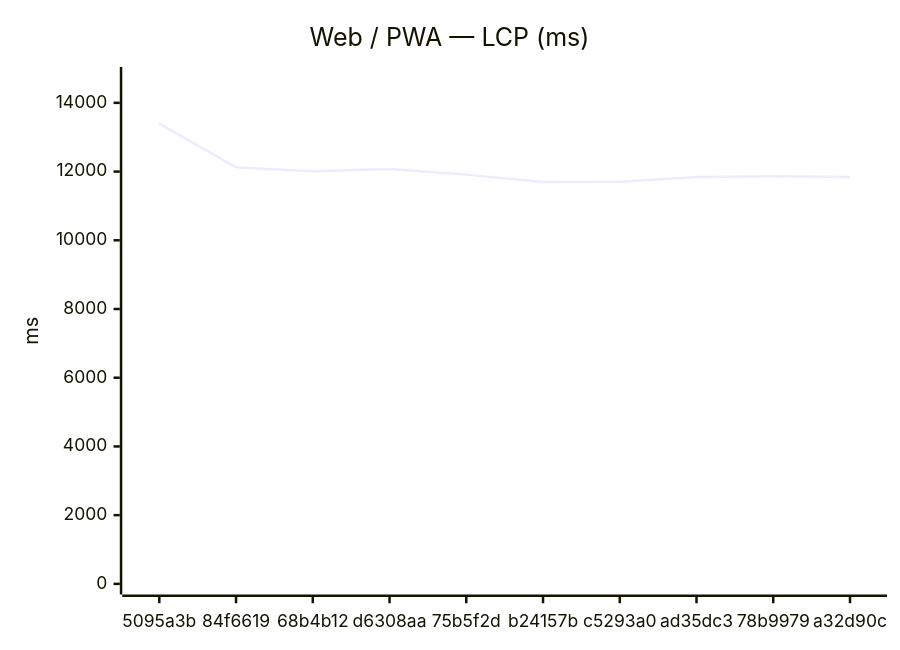
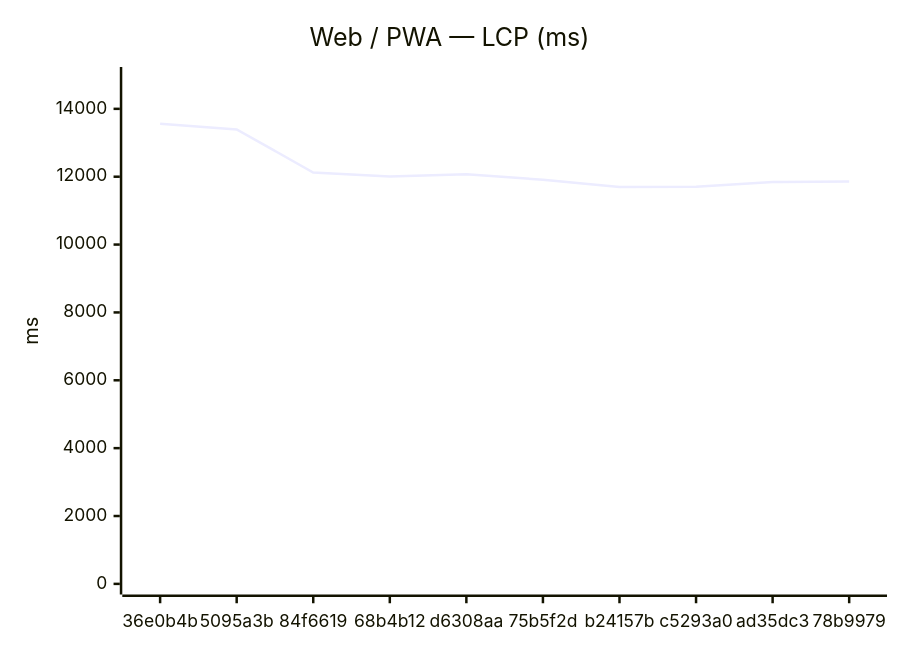
One commit to Metaheurist/Rianell changed the first of 18 diagrams in benchmarks/compare.md. Above: the diagram before and after it, drawn with Mermaid. The commit also changed other lines of this file and 11 other files, not shown here.

````diff
--- a/benchmarks/compare.md
+++ b/benchmarks/compare.md
@@ -24,7 +24,7 @@
 ```mermaid
 xychart-beta
     title "Web / PWA — LCP (ms)"
-    x-axis ["5095a3b", "84f6619", "68b4b12", "d6308aa", "75b5f2d", "b24157b", "c5293a0", "ad35dc3", "78b9979", "a32d90c"]
-    y-axis "ms" 0 --> 14734
-    line [13394, 12124, 12007, 12072, 11911, 11695, 11707, 11844, 11862, 11845]
+    x-axis ["36e0b4b", "5095a3b", "84f6619", "68b4b12", "d6308aa", "75b5f2d", "b24157b", "c5293a0", "ad35dc3", "78b9979"]
+    y-axis "ms" 0 --> 14920
+    line [13563, 13394, 12124, 12007, 12072, 11911, 11695, 11707, 11844, 11862]
 ```
````
